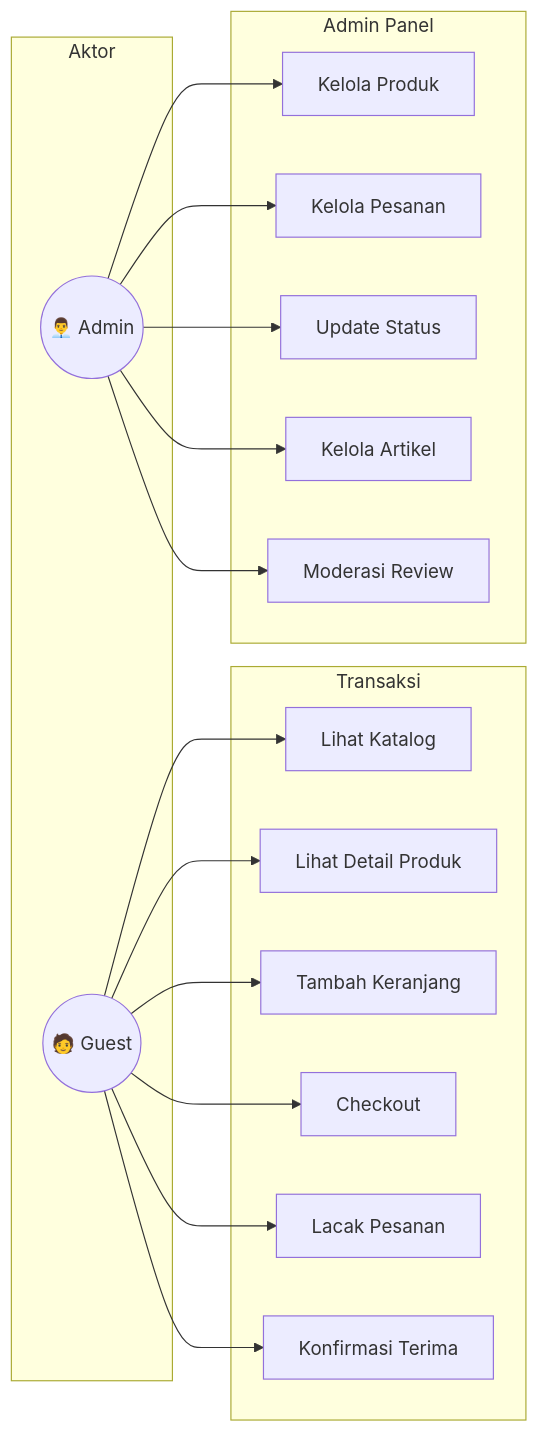
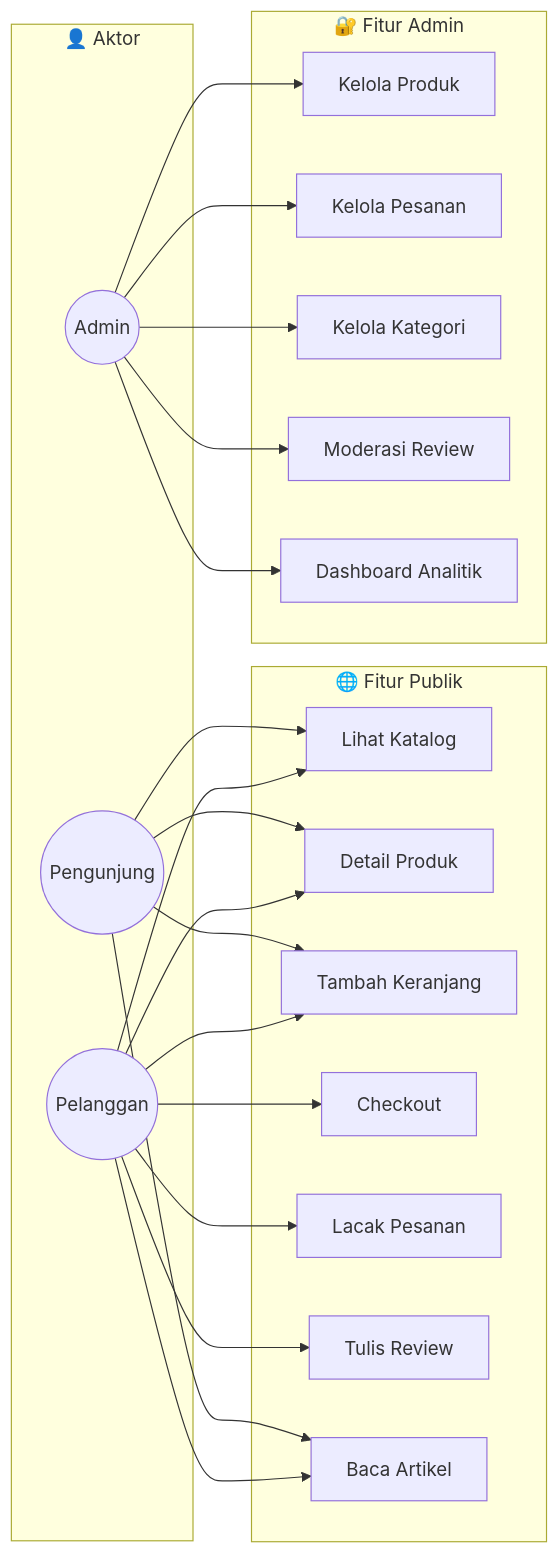
The first of 7 diagrams in docs/BLACK_BOX_TESTING.md (mustarisyahding07-spec/WEBSITE_SKRIPSI_MUSTARI), drawn with Mermaid before and after one commit. The commit also changed other lines of this file and 7 other files, not shown here.

````diff
--- a/docs/BLACK_BOX_TESTING.md
+++ b/docs/BLACK_BOX_TESTING.md
@@ -52,37 +45,45 @@
 ```mermaid
 graph LR
-    subgraph "Aktor"
-        Guest(("🧑 Guest"))
-        Admin(("👨‍💼 Admin"))
+    subgraph "👤 Aktor"
+        Guest((Pengunjung))
+        Customer((Pelanggan))
+        Admin((Admin))
     end
-
-    subgraph "Transaksi"
-        UC1["Lihat Katalog"]
-        UC2["Lihat Detail Produk"]
-        UC3["Tambah Keranjang"]
-        UC4["Checkout"]
-        UC5["Lacak Pesanan"]
-        UC6["Konfirmasi Terima"]
+    
+    subgraph "🌐 Fitur Publik"
+        UC01[Lihat Katalog]
+        UC02[Detail Produk]
+        UC03[Tambah Keranjang]
+        UC04[Checkout]
+        UC05[Lacak Pesanan]
+        UC06[Tulis Review]
+        UC07[Baca Artikel]
     end
-
-    subgraph "Admin Panel"
-        UC7["Kelola Produk"]
-        UC8["Kelola Pesanan"]
-        UC9["Update Status"]
-        UC10["Kelola Artikel"]
-        UC11["Moderasi Review"]
+    
+    subgraph "🔐 Fitur Admin"
+        UC08[Kelola Produk]
+        UC09[Kelola Pesanan]
+        UC10[Kelola Kategori]
+        UC11[Moderasi Review]
+        UC12[Dashboard Analitik]
     end
-
-    Guest --> UC1
-    Guest --> UC2
-    Guest --> UC3
-    Guest --> UC4
-    Guest --> UC5
-    Guest --> UC6
-
-    Admin --> UC7
-    Admin --> UC8
-    Admin --> UC9
+    
+    Guest --> UC01
+    Guest --> UC02
+    Guest --> UC03
+    Guest --> UC07
+    
+    Customer --> UC01
+    Customer --> UC02
+    Customer --> UC03
+    Customer --> UC04
+    Customer --> UC05
+    Customer --> UC06
+    Customer --> UC07
+    
+    Admin --> UC08
+    Admin --> UC09
     Admin --> UC10
     Admin --> UC11
+    Admin --> UC12
 ```
````
